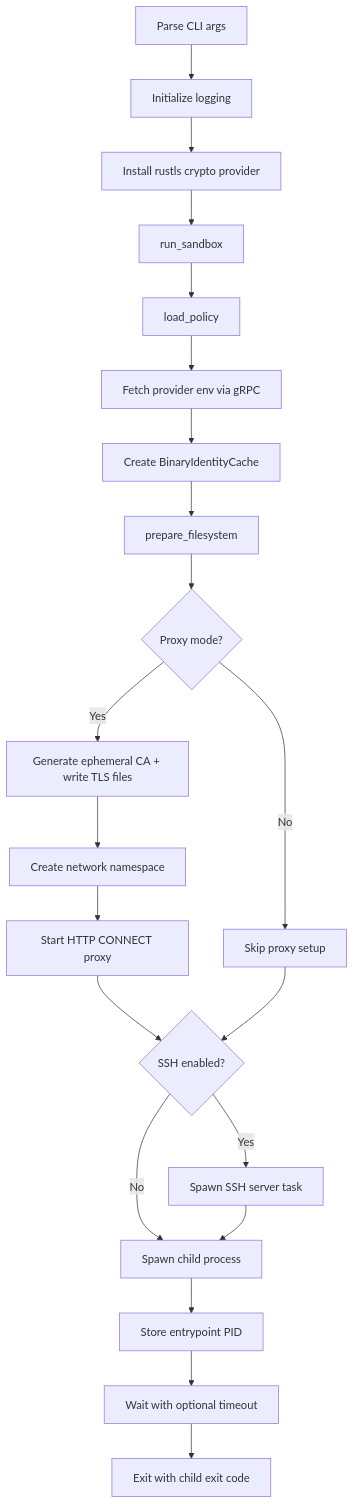
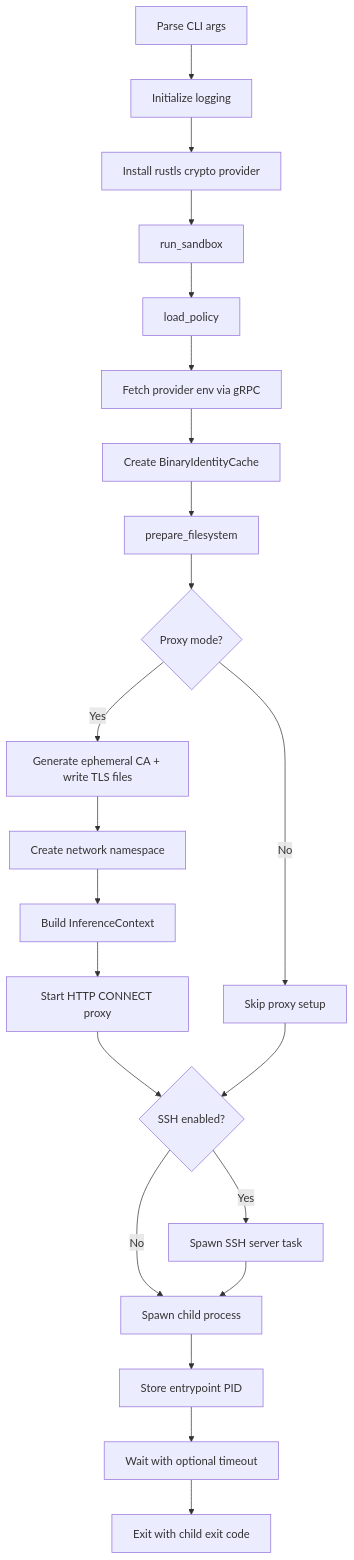
Before and after one commit to NVIDIA/OpenShell: the first of 7 diagrams in architecture/sandbox.md, drawn with Mermaid. The commit also changed other lines of this file and 23 other files, not shown here.

````diff
--- a/architecture/sandbox.md
+++ b/architecture/sandbox.md
@@ -39,23 +39,24 @@
 ```mermaid
 flowchart TD
     A[Parse CLI args] --> B[Initialize logging]
     B --> C[Install rustls crypto provider]
     C --> D[run_sandbox]
     D --> E[load_policy]
     E --> F[Fetch provider env via gRPC]
     F --> G[Create BinaryIdentityCache]
     G --> H[prepare_filesystem]
     H --> I{Proxy mode?}
     I -- Yes --> J[Generate ephemeral CA + write TLS files]
     J --> K[Create network namespace]
-    K --> L[Start HTTP CONNECT proxy]
+    K --> K2[Build InferenceContext]
+    K2 --> L[Start HTTP CONNECT proxy]
     I -- No --> M[Skip proxy setup]
     L --> N{SSH enabled?}
     M --> N
     N -- Yes --> O[Spawn SSH server task]
     N -- No --> P[Spawn child process]
     O --> P
     P --> Q[Store entrypoint PID]
     Q --> R[Wait with optional timeout]
     R --> S[Exit with child exit code]
 ```
````
